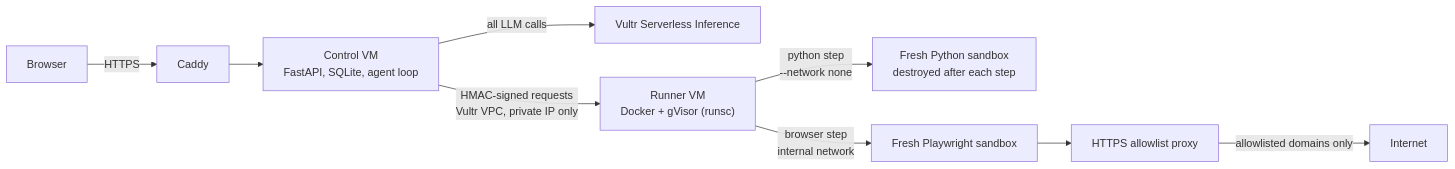
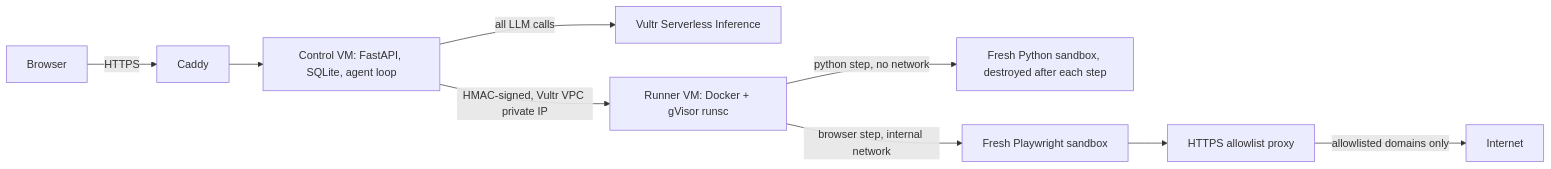
The diagram in README.md (NoshalFatima/VULTR-AGENT), drawn with Mermaid before and after one commit. The commit also changed other lines of this file, not shown here.

````diff
--- a/README.md
+++ b/README.md
@@ -19,11 +26,11 @@
 ```mermaid
 flowchart LR
-    U[Browser] -->|HTTPS| C[Caddy]
-    C --> A["Control VM<br/>FastAPI, SQLite, agent loop"]
-    A -->|all LLM calls| V["Vultr Serverless Inference"]
-    A -->|"HMAC-signed requests<br/>Vultr VPC, private IP only"| R["Runner VM<br/>Docker + gVisor (runsc)"]
-    R -->|"python step<br/>--network none"| P["Fresh Python sandbox<br/>destroyed after each step"]
-    R -->|"browser step<br/>internal network"| B["Fresh Playwright sandbox"]
+    U["Browser"] -->|HTTPS| C["Caddy"]
+    C --> A["Control VM: FastAPI, SQLite, agent loop"]
+    A -->|"all LLM calls"| V["Vultr Serverless Inference"]
+    A -->|"HMAC-signed, Vultr VPC private IP"| R["Runner VM: Docker + gVisor runsc"]
+    R -->|"python step, no network"| P["Fresh Python sandbox, destroyed after each step"]
+    R -->|"browser step, internal network"| B["Fresh Playwright sandbox"]
     B --> X["HTTPS allowlist proxy"]
-    X -->|allowlisted domains only| I[Internet]
+    X -->|"allowlisted domains only"| I["Internet"]
 ```
````
